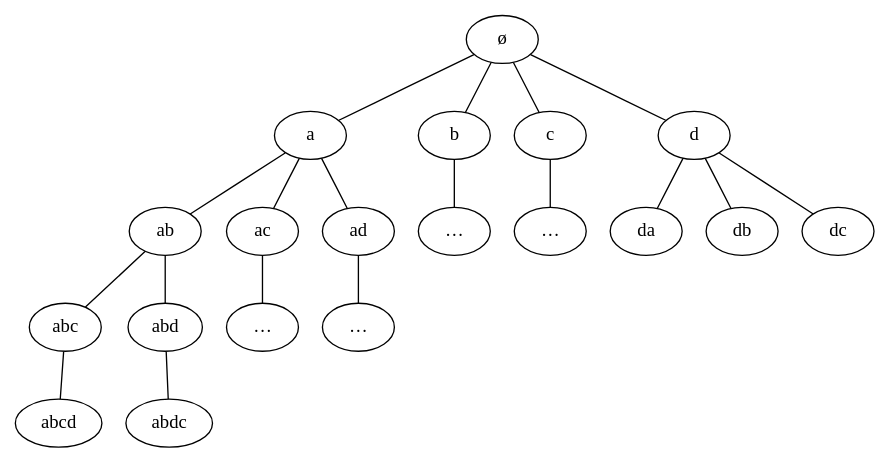
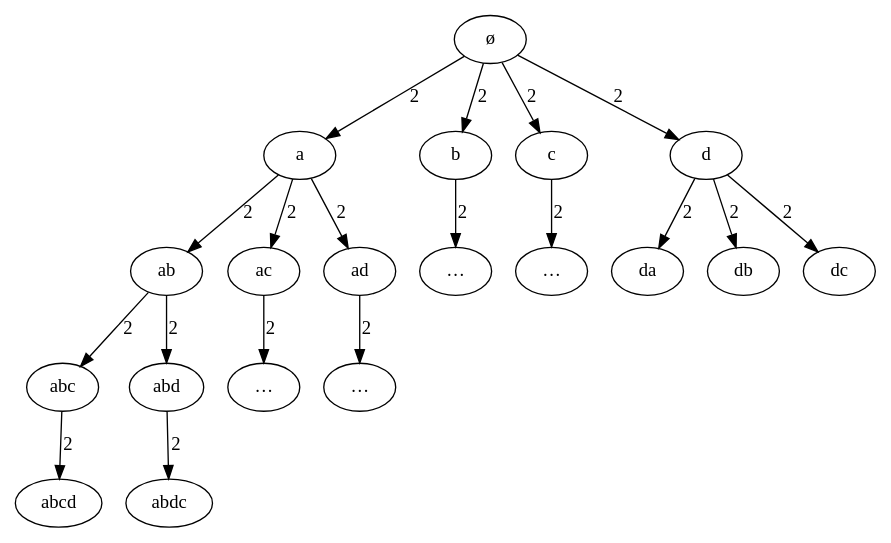
The diagram in report/graphs/modeling-the-problem_example1-psg.dot (minijackson/PR-3602), drawn with Graphviz before and after one commit. The commit also changed 4 other files, not shown here.

```diff
--- a/report/graphs/modeling-the-problem_example1-psg.dot
+++ b/report/graphs/modeling-the-problem_example1-psg.dot
@@ -1,24 +1,24 @@
-graph {
+digraph {
     ell1[label="…"];
     ell2[label="…"];
     ell3[label="…"];
     ell4[label="…"];
-    ø -- a;
-    ø -- b;
-    ø -- c;
-    ø -- d;
-    a -- ab;
-    a -- ac;
-    a -- ad;
-    b -- ell1;
-    c -- ell2;
-    d -- da;
-    d -- db;
-    d -- dc;
-    ac -- ell3;
-    ad -- ell4;
-    ab -- abc;
-    ab -- abd;
-    abc -- abcd;
-    abd -- abdc;
+    ø -> a [label=2];
+    ø -> b [label=2];
+    ø -> c [label=2];
+    ø -> d [label=2];
+    a -> ab [label=2];
+    a -> ac [label=2];
+    a -> ad [label=2];
+    b -> ell1 [label=2];
+    c -> ell2 [label=2];
+    d -> da [label=2];
+    d -> db [label=2];
+    d -> dc [label=2];
+    ac -> ell3 [label=2];
+    ad -> ell4 [label=2];
+    ab -> abc [label=2];
+    ab -> abd [label=2];
+    abc -> abcd [label=2];
+    abd -> abdc [label=2];
 }
```
